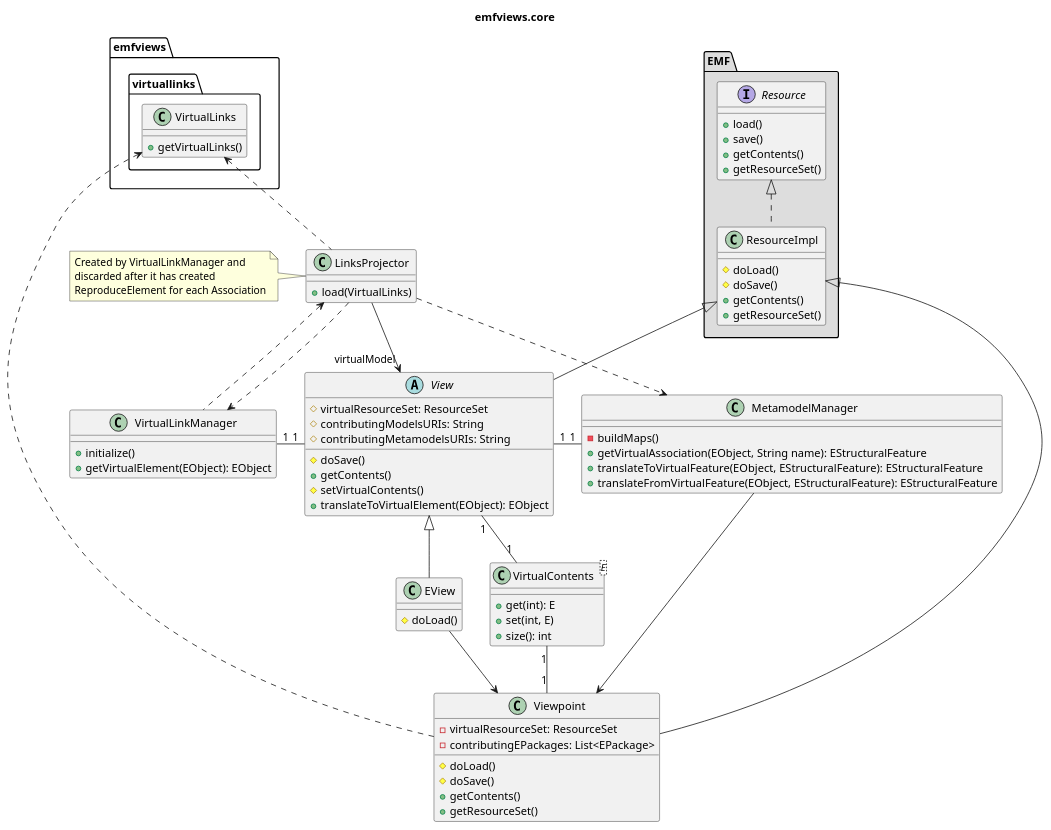
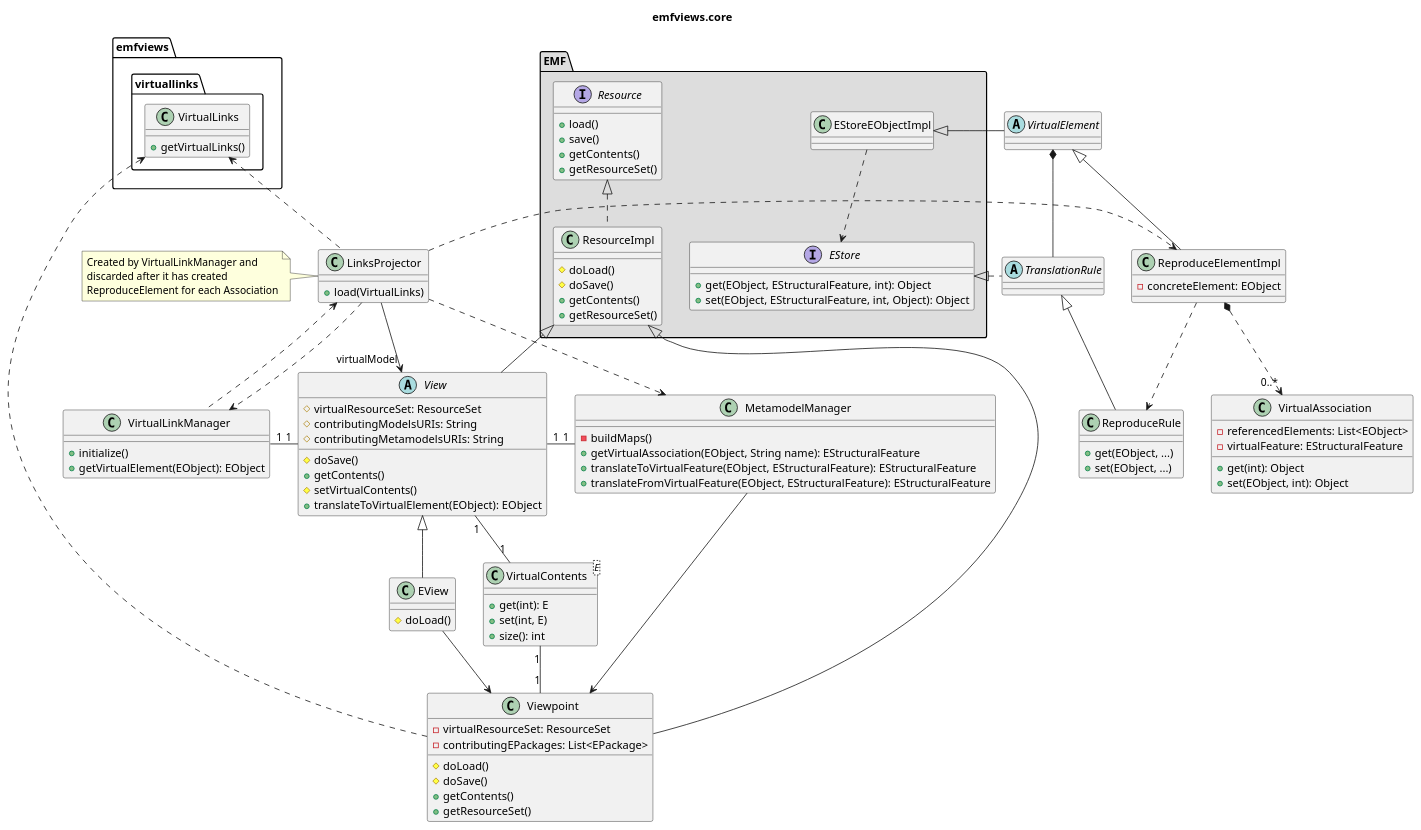
One commit to fmdkdd/monoge changed the first of 2 diagrams in doc/eview.iuml. Above: the diagram before and after it, drawn with PlantUML. The commit also changed 2 other files, not shown here.

Commit message:
Add VirtualElement/TranslationRule to the class diagram

```diff
--- a/doc/eview.iuml
+++ b/doc/eview.iuml
@@ -1,110 +1,155 @@
 @startuml
 
 title emfviews.core
 
 package EMF #DDDDDD {
 
 interface Resource {
   +load()
   +save()
   +getContents()
   +getResourceSet()
 }
 
 class ResourceImpl {
   #doLoad()
   #doSave()
   +getContents()
   +getResourceSet()
 }
 
+class EStoreEObjectImpl {
+
 }
+
+interface EStore {
+  +get(EObject, EStructuralFeature, int): Object
+  +set(EObject, EStructuralFeature, int, Object): Object
+}
+
+}
+
+EStoreEObjectImpl ..> EStore
 
 package emfviews.virtuallinks {
 
 class VirtualLinks {
   +getVirtualLinks()
 }
 
 }
 
 
 abstract class View {
   #virtualResourceSet: ResourceSet
   #contributingModelsURIs: String
   #contributingMetamodelsURIs: String
   #doSave()
   +getContents()
   #setVirtualContents()
   +translateToVirtualElement(EObject): EObject
 }
 
 class Viewpoint {
   -virtualResourceSet: ResourceSet
   -contributingEPackages: List<EPackage>
   #doLoad()
   #doSave()
   +getContents()
   +getResourceSet()
 }
 
 class EView {
   #doLoad()
 }
 
 class VirtualLinkManager {
   +initialize()
   +getVirtualElement(EObject): EObject
 }
 
 class MetamodelManager {
   -buildMaps()
   +getVirtualAssociation(EObject, String name): EStructuralFeature
   +translateToVirtualFeature(EObject, EStructuralFeature): EStructuralFeature
   +translateFromVirtualFeature(EObject, EStructuralFeature): EStructuralFeature
 }
 
 class LinksProjector {
   +load(VirtualLinks)
 }
 
 note left
   Created by VirtualLinkManager and
   discarded after it has created
   ReproduceElement for each Association
 end note
 
 class VirtualContents<E> {
   +get(int): E
   +set(int, E)
   +size(): int
 }
 
+class ReproduceElementImpl {
+  -concreteElement: EObject
+}
+
+class VirtualAssociation {
+  -referencedElements: List<EObject>
+  -virtualFeature: EStructuralFeature
+  +get(int): Object
+  +set(EObject, int): Object
+}
+
+abstract class VirtualElement {
+}
+
+abstract class TranslationRule {
+}
+
+class ReproduceRule {
+  +get(EObject, ...)
+  +set(EObject, ...)
+}
 
 Resource <|.. ResourceImpl
 ResourceImpl <|-- View
 
 View <|-- EView
 View "1" -left "1" VirtualLinkManager
 View "1" -right "1" MetamodelManager
 
 View "1" -- "1" VirtualContents
 
 EView -[hidden]right- VirtualContents
 
 ResourceImpl <|-- Viewpoint
 MetamodelManager --> Viewpoint
 
 EView -> Viewpoint
 
 VirtualContents "1" -- "1" Viewpoint
 
 Viewpoint ..> VirtualLinks
 
 LinksProjector --> "virtualModel" View
 LinksProjector <.. VirtualLinkManager
 LinksProjector ..> VirtualLinkManager
 LinksProjector ..> MetamodelManager
 VirtualLinks <.. LinksProjector
+LinksProjector .> ReproduceElementImpl
+
+VirtualElement <|-- ReproduceElementImpl
+
+VirtualElement -left|> EStoreEObjectImpl
+
+VirtualElement *-- TranslationRule
+
+EStore <|. TranslationRule
+TranslationRule <|-- ReproduceRule
+
+ReproduceElementImpl *..> "0..*" VirtualAssociation
+ReproduceElementImpl ..> ReproduceRule
 
 @enduml
```
